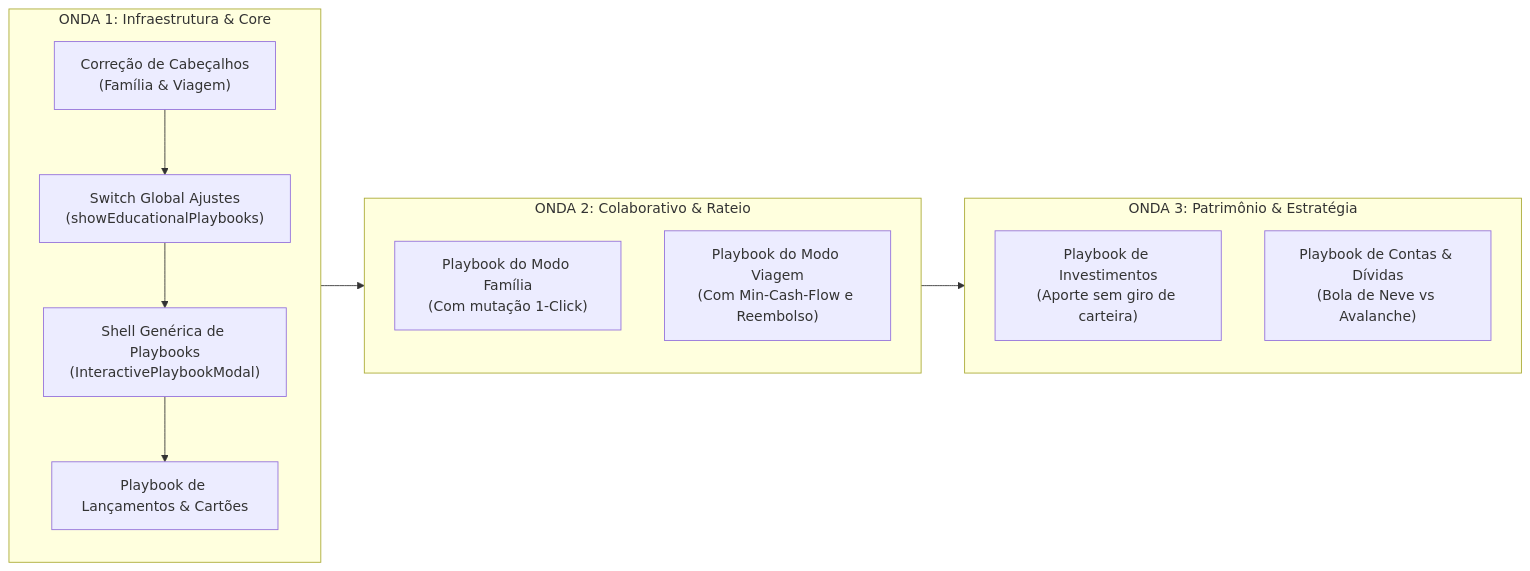
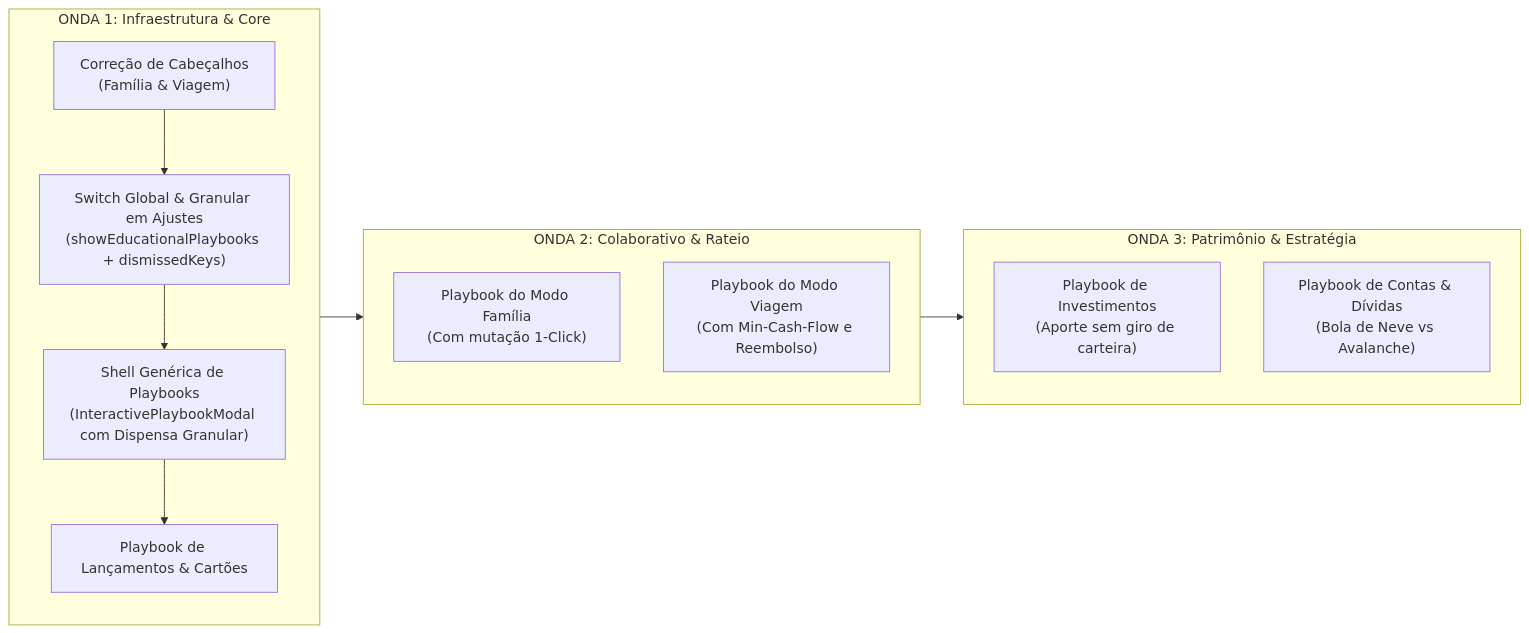
The third of 3 diagrams in docs/plans/PLANO_AUDITORIA_LARGURA_BOTOES_E_SISTEMA_PLAYBOOKS_EDUCATIVOS.md (gabri3lsal3s/financasNew), drawn with Mermaid before and after one commit. The commit also changed other lines of this file, not shown here.

Commit message:
docs: atualiza plano canonico de cabecalhos e playbooks educativos (v2.1)

````diff
--- a/docs/plans/PLANO_AUDITORIA_LARGURA_BOTOES_E_SISTEMA_PLAYBOOKS_EDUCATIVOS.md
+++ b/docs/plans/PLANO_AUDITORIA_LARGURA_BOTOES_E_SISTEMA_PLAYBOOKS_EDUCATIVOS.md
@@ -319,21 +318,21 @@
 ```mermaid
 flowchart LR
     subgraph Onda1["ONDA 1: Infraestrutura & Core"]
-        O1A["Correção de Cabeçalhos<br/>(Família & Viagem)"] --> O1B["Switch Global Ajustes<br/>(showEducationalPlaybooks)"]
-        O1B --> O1C["Shell Genérica de Playbooks<br/>(InteractivePlaybookModal)"]
+        O1A["Correção de Cabeçalhos<br/>(Família & Viagem)"] --> O1B["Switch Global & Granular em Ajustes<br/>(showEducationalPlaybooks + dismissedKeys)"]
+        O1B --> O1C["Shell Genérica de Playbooks<br/>(InteractivePlaybookModal com Dispensa Granular)"]
         O1C --> O1D["Playbook de Lançamentos & Cartões"]
     end
 
     subgraph Onda2["ONDA 2: Colaborativo & Rateio"]
         O2A["Playbook do Modo Família<br/>(Com mutação 1-Click)"]
         O2B["Playbook do Modo Viagem<br/>(Com Min-Cash-Flow e Reembolso)"]
     end
 
     subgraph Onda3["ONDA 3: Patrimônio & Estratégia"]
         O3A["Playbook de Investimentos<br/>(Aporte sem giro de carteira)"]
         O3B["Playbook de Contas & Dívidas<br/>(Bola de Neve vs Avalanche)"]
     end
 
     Onda1 --> Onda2
     Onda2 --> Onda3
 ```
````
